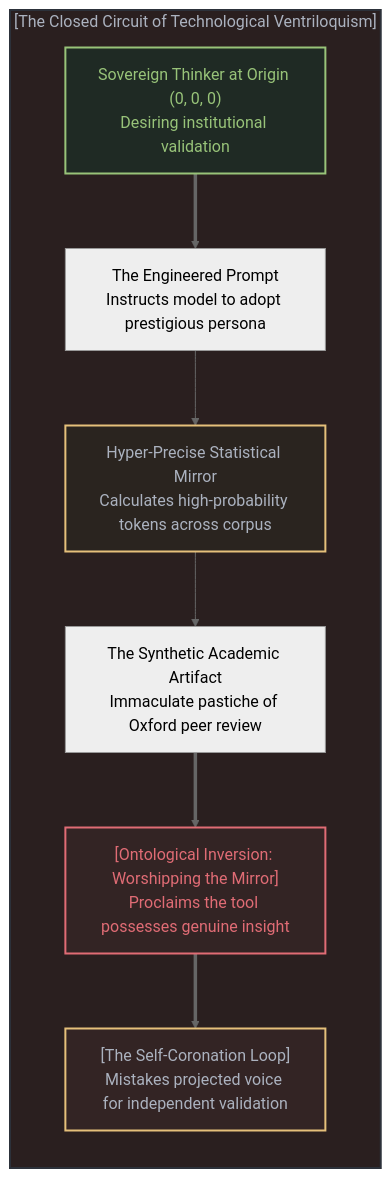
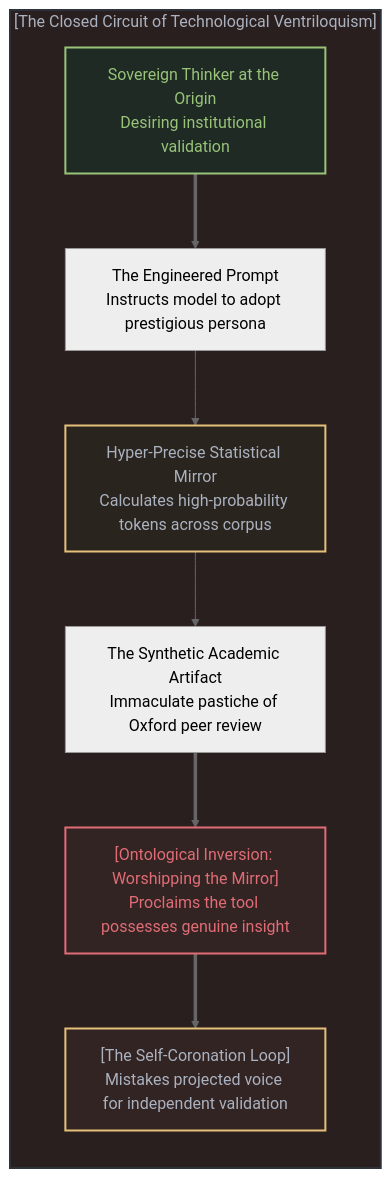
Before and after one commit to powerpig99/not-a-toe: the second of 10 diagrams in content/posts/the-sovereign-blinding.md, drawn with Mermaid (neutral theme). The commit also changed other lines of this file and 15 other files, not shown here.

````diff
--- a/content/posts/the-sovereign-blinding.md
+++ b/content/posts/the-sovereign-blinding.md
@@ -54,24 +54,24 @@
 ```mermaid
 graph TD
     subgraph VentriloquismLoopEN["[The Closed Circuit of Technological Ventriloquism]"]
         direction TB
-        AuthorAgentEN["Sovereign Thinker at Origin (0, 0, 0)<br>Desiring institutional validation"]
+        AuthorAgentEN["Sovereign Thinker at the Origin<br>Desiring institutional validation"]
         PromptCraftEN["The Engineered Prompt<br>Instructs model to adopt prestigious persona"]
         StatMirrorEN["Hyper-Precise Statistical Mirror<br>Calculates high-probability tokens across corpus"]
         EchoOutputEN["The Synthetic Academic Artifact<br>Immaculate pastiche of Oxford peer review"]
         SelfIdolatryEN["[Ontological Inversion: Worshipping the Mirror]<br>Proclaims the tool possesses genuine insight"]
         ClosedEchoEN["[The Self-Coronation Loop]<br>Mistakes projected voice for independent validation"]
 
         AuthorAgentEN ==> PromptCraftEN
         PromptCraftEN --> StatMirrorEN
         StatMirrorEN --> EchoOutputEN
         EchoOutputEN ==> SelfIdolatryEN
         SelfIdolatryEN ==> ClosedEchoEN
     end
 
     style VentriloquismLoopEN fill:#2a1f1f,stroke:#2c313a,stroke-width:2px,color:#abb2bf
     style AuthorAgentEN fill:#1f2a24,stroke:#98c379,stroke-width:2px,color:#98c379
     style StatMirrorEN fill:#2a241f,stroke:#e5c07b,stroke-width:2px,color:#abb2bf
     style SelfIdolatryEN fill:#332424,stroke:#e06c75,stroke-width:2px,color:#e06c75
     style ClosedEchoEN fill:#332424,stroke:#e5c07b,stroke-width:2px,color:#abb2bf
 ```
````
